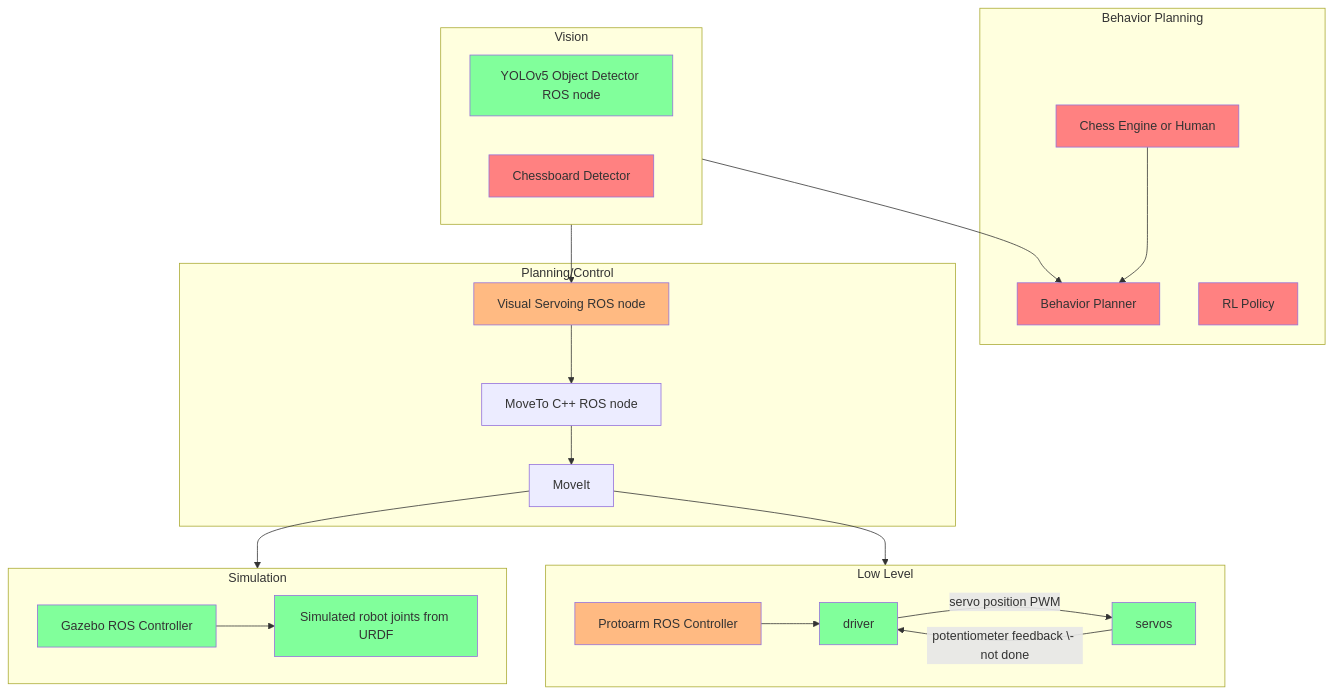
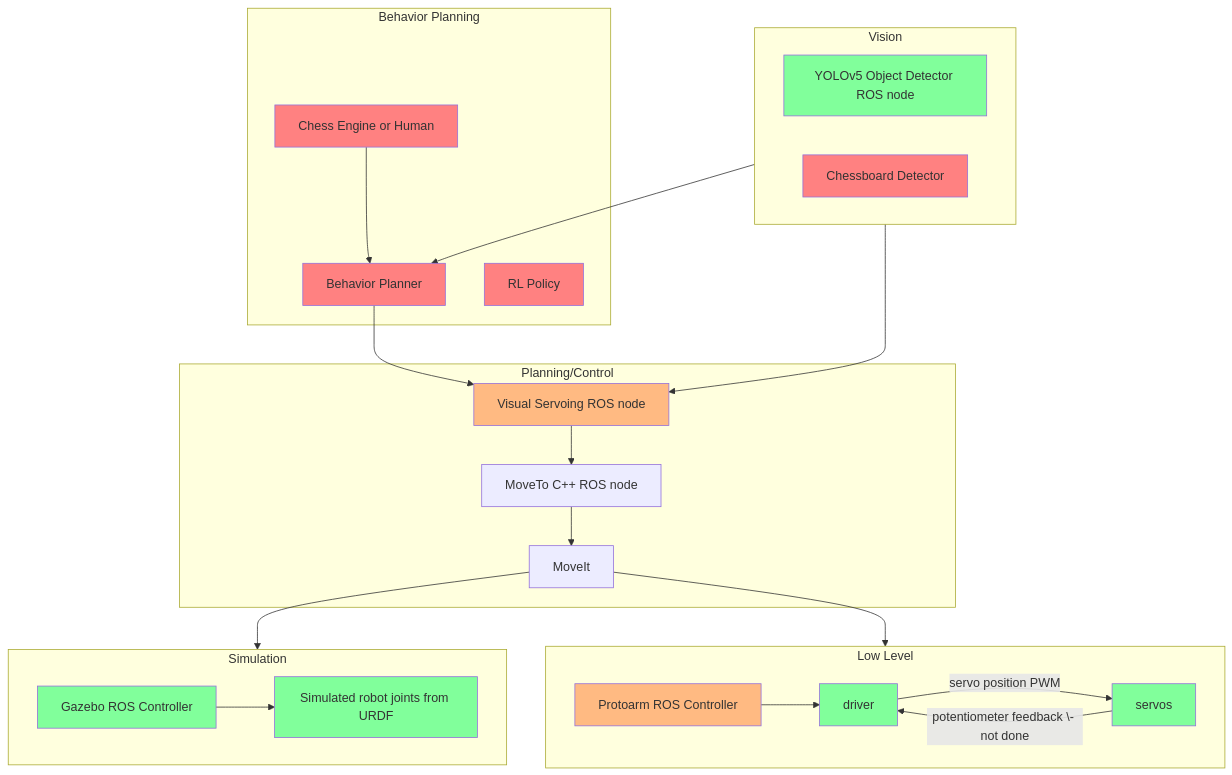
Before and after one commit to revanthsenthil/wiki: the first of 4 diagrams in wiki/robot-arm/software.md, drawn with Mermaid.

Commit message:
added arrow between planner and vs node

````diff
--- a/wiki/robot-arm/software.md
+++ b/wiki/robot-arm/software.md
@@ -25,73 +25,74 @@
 ```mermaid
 graph
   subgraph Behavior Planning 
     BP1[Behavior Planner]
     BP2[Chess Engine or Human]
     BP3[RL Policy]
   end
   subgraph Low Level
     direction LR
     LL1[Protoarm ROS Controller]
     LL2[driver]
     LL3[servos] 
   end
   subgraph Simulation
     direction LR
     S1[Gazebo ROS Controller]
     S2[Simulated robot joints from URDF] 
   end
   subgraph Vision 
     direction LR
     V1[YOLOv5 Object Detector ROS node]
     V2[Chessboard Detector] 
   end
   subgraph Planning/Control
     PC1[Visual Servoing ROS node] 
     PC2[MoveTo C++ ROS node]
     PC3[MoveIt] 
   end
 
   %% Low level
   LL2 -- servo position PWM --> LL3
   LL3 -- potentiometer feedback \- not done --> LL2
   LL1 --> LL2
 
   %% Behavior Planning
   BP2 --> BP1 
+  BP1 --> PC1 
 
   %% Vision 
   V2 --> BP1 
   V1 --> PC1
 
   %% Simulation 
   S1 --> S2
   
   %% Planning/Control 
   PC1 --> PC2
   PC2 --> PC3
   PC3 --> S1
   PC3 --> LL1
 
   %% Links
   click LL1 href "http://wiki.purduearc.com/wiki/robot-arm/software#controller" "Sensors"
   click LL2 href "http://wiki.purduearc.com/wiki/robot-arm/software#driver" "Sensors"
 
   click PC1 href "http://wiki.purduearc.com/wiki/robot-arm/software#visual-servoing" "Sensors"
   click PC2 href "http://wiki.purduearc.com/wiki/robot-arm/software#kinematics-and-planning" "Sensors"
   click PC3 "https://moveit.ros.org/assets/images/diagrams/moveit_pipeline.png" "Open this in a new tab" _blank
 
   click BP1 href "http://wiki.purduearc.com/wiki/robot-arm/software#behavior-planner" "Sensors"
 
   click S1 href "http://wiki.purduearc.com/wiki/robot-arm/software#simulation" "Sensors"
   click S2 href "http://wiki.purduearc.com/wiki/robot-arm/software#simulation" "Sensors"
 
   click V1 href "http://wiki.purduearc.com/wiki/robot-arm/software#chess-piece-detection" "Sensors"
   click V2 href "http://wiki.purduearc.com/wiki/robot-arm/software#chessboard-detection" "Sensors"
 
   classDef not_started fill:#ff8181
   classDef in_progress fill:#ffba82
   classDef done fill:#81ff9b
   class BP1,BP2,BP3,V2 not_started
   class PC1,LL1 in_progress
   class S1,S2,LL2,LL3,V1 done
 ```
````
